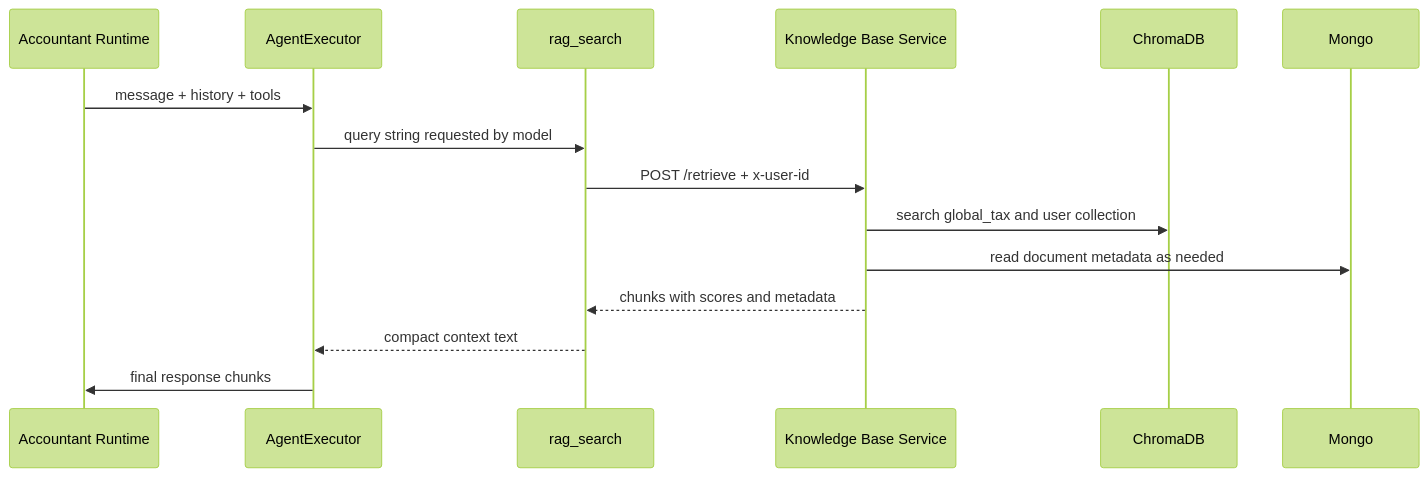
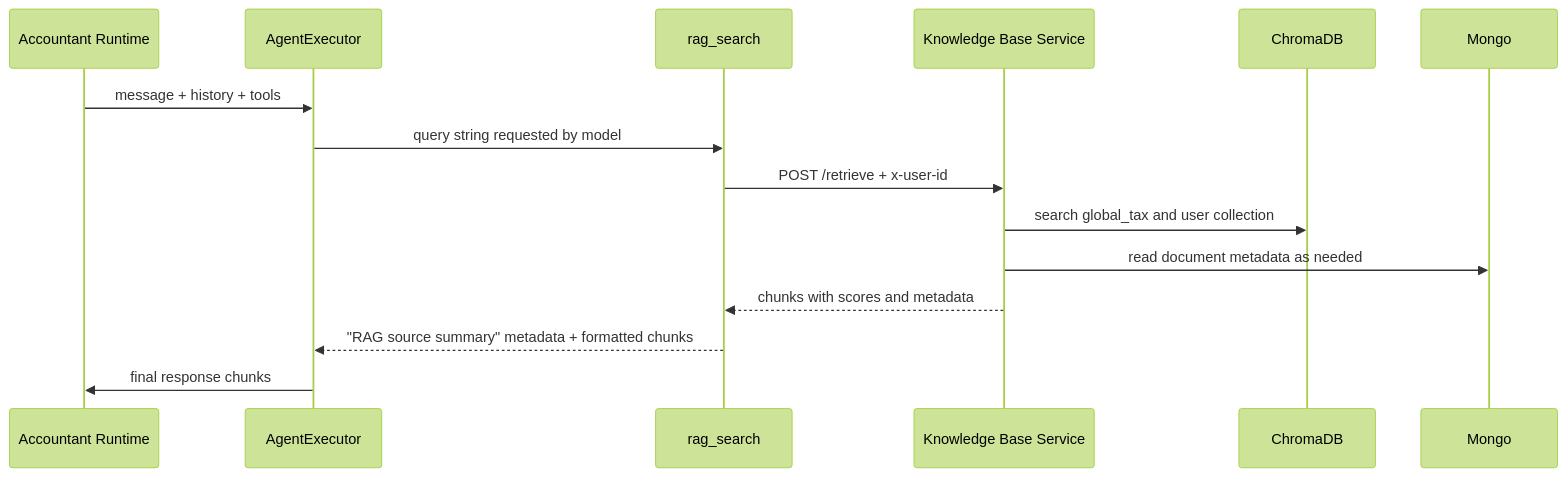
Before and after one commit to valiobar/agents: the seventh of 9 diagrams in docs/services/agent/data-flow.md, drawn with Mermaid (forest theme). The commit also changed other lines of this file and 102 other files, not shown here.

````diff
--- a/docs/services/agent/data-flow.md
+++ b/docs/services/agent/data-flow.md
@@ -196,18 +237,18 @@
 ```mermaid
 sequenceDiagram
     participant Runtime as Accountant Runtime
     participant Executor as AgentExecutor
     participant Tool as rag_search
     participant KB as Knowledge Base Service
     participant Chroma as ChromaDB
     participant Mongo
 
     Runtime->>Executor: message + history + tools
     Executor->>Tool: query string requested by model
     Tool->>KB: POST /retrieve + x-user-id
     KB->>Chroma: search global_tax and user collection
     KB->>Mongo: read document metadata as needed
     KB-->>Tool: chunks with scores and metadata
-    Tool-->>Executor: compact context text
+    Tool-->>Executor: "RAG source summary" metadata + formatted chunks
     Executor->>Runtime: final response chunks
 ```
````
